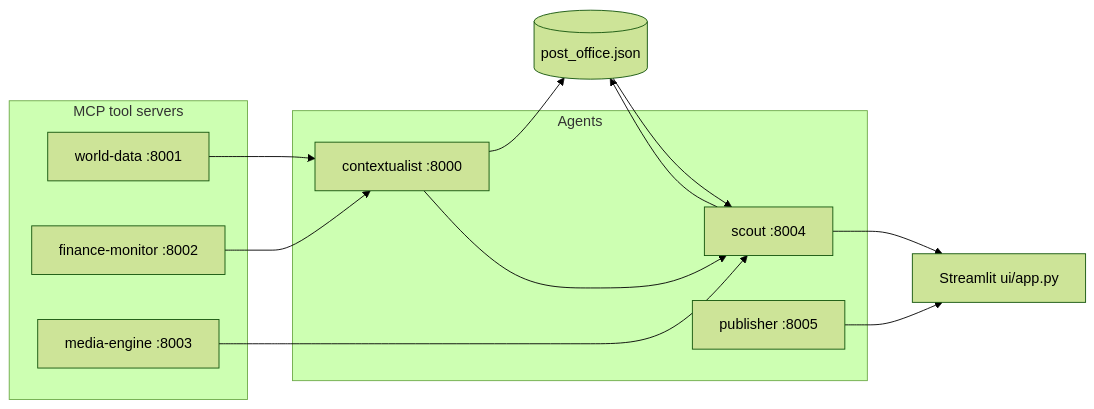
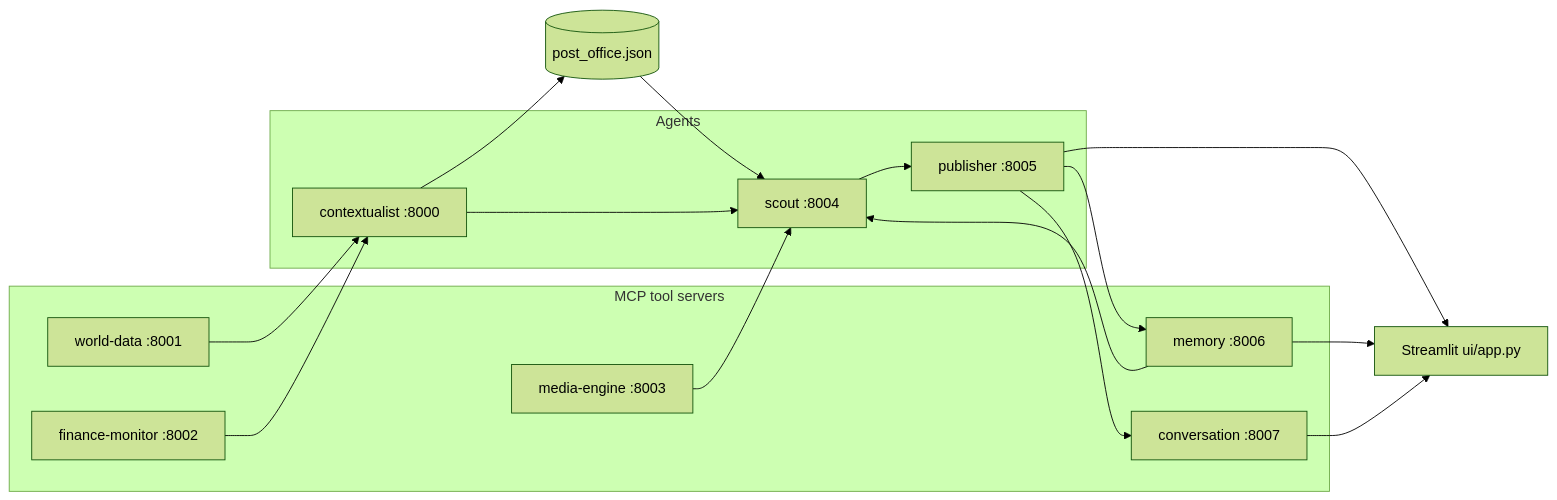
One commit to Keerthan22-sys/multi-agent-system-a2a-mcp changed the diagram in README.md. Above: the diagram before and after it, drawn with Mermaid (forest theme). The commit also changed other lines of this file, not shown here.

````diff
--- a/README.md
+++ b/README.md
@@ -7,24 +7,30 @@
 ```mermaid
 flowchart LR
   subgraph tools [MCP tool servers]
     WD[world-data :8001]
     FM[finance-monitor :8002]
     ME[media-engine :8003]
+    MEM[memory :8006]
+    CONV[conversation :8007]
   end
   subgraph agents [Agents]
     CTX[contextualist :8000]
     SC[scout :8004]
     PUB[publisher :8005]
   end
   UI[Streamlit ui/app.py]
   PO[(post_office.json)]
   WD --> CTX
   FM --> CTX
   CTX --> PO
   PO --> SC
   CTX --> SC
   ME --> SC
-  SC --> PO
-  SC --> UI
+  MEM --> SC
+  SC --> PUB
+  PUB --> MEM
+  PUB --> CONV
   PUB --> UI
+  MEM --> UI
+  CONV --> UI
 ```
````
